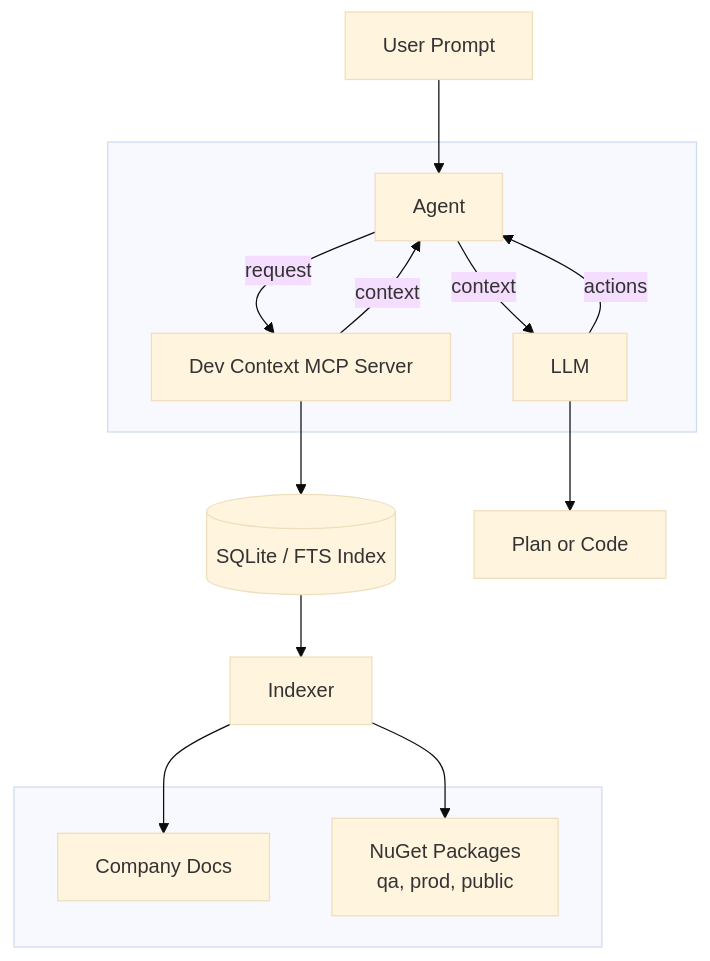
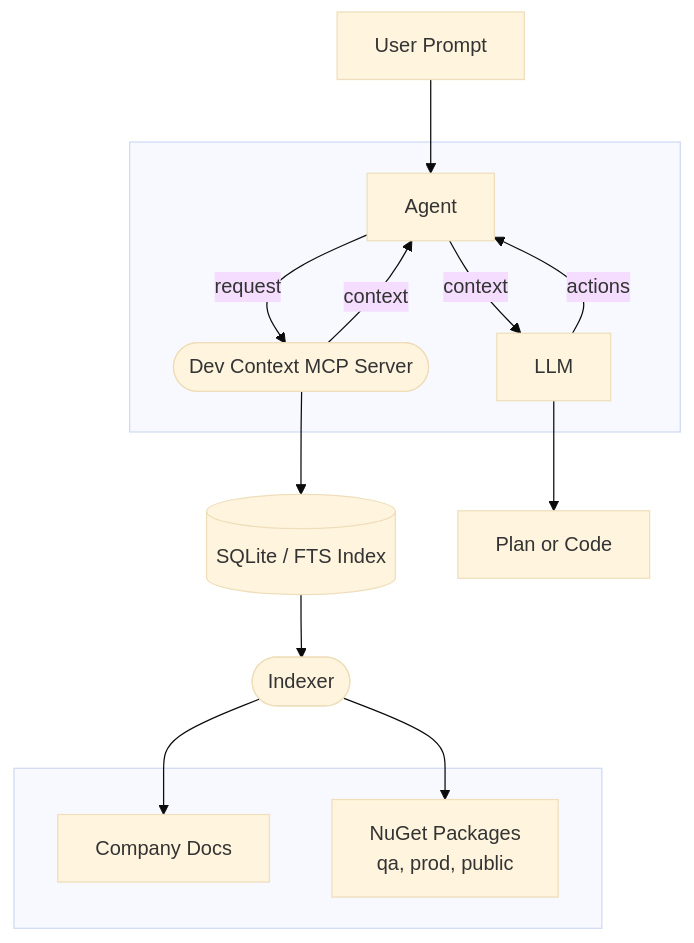
Before and after one commit to iJustHelp/dev-context-mcp-server: the second of 2 diagrams in design/presentaion.md, drawn with Mermaid (base theme).

````diff
--- a/design/presentaion.md
+++ b/design/presentaion.md
@@ -50,27 +50,27 @@
 ```mermaid
 flowchart TD
     U[User Prompt] --> AGENT[Agent]
 
     subgraph Loop[" "]
         AGENT --> |context| LLM[LLM]
-        AGENT --> |request| MCP[Dev Context MCP Server]
+        AGENT --> |request| MCP([Dev Context MCP Server])
     end
     
     DB[(SQLite / FTS Index)]
-    I[Indexer]
+    I([Indexer])
 
     DB --> I
 
     subgraph Internal[" "]
         MD[Company Docs]
         PKG[NuGet Packages <br> qa, prod, public]
     end
 
     MCP --> DB
     I --> MD
     I --> PKG
 
     LLM --> |actions|AGENT
     MCP --> |context| AGENT
     LLM --> RESULT[Plan or Code]
 ```
````
